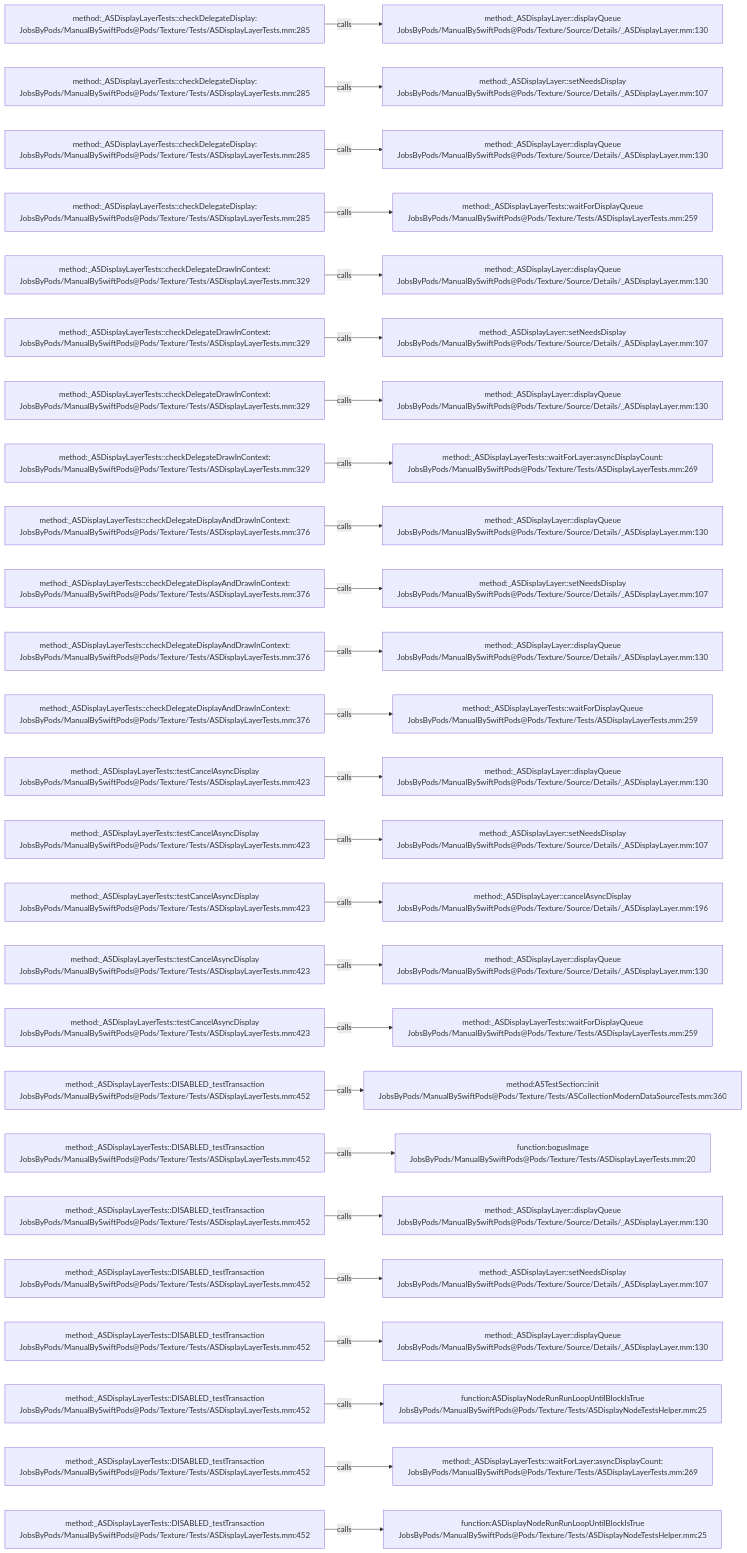
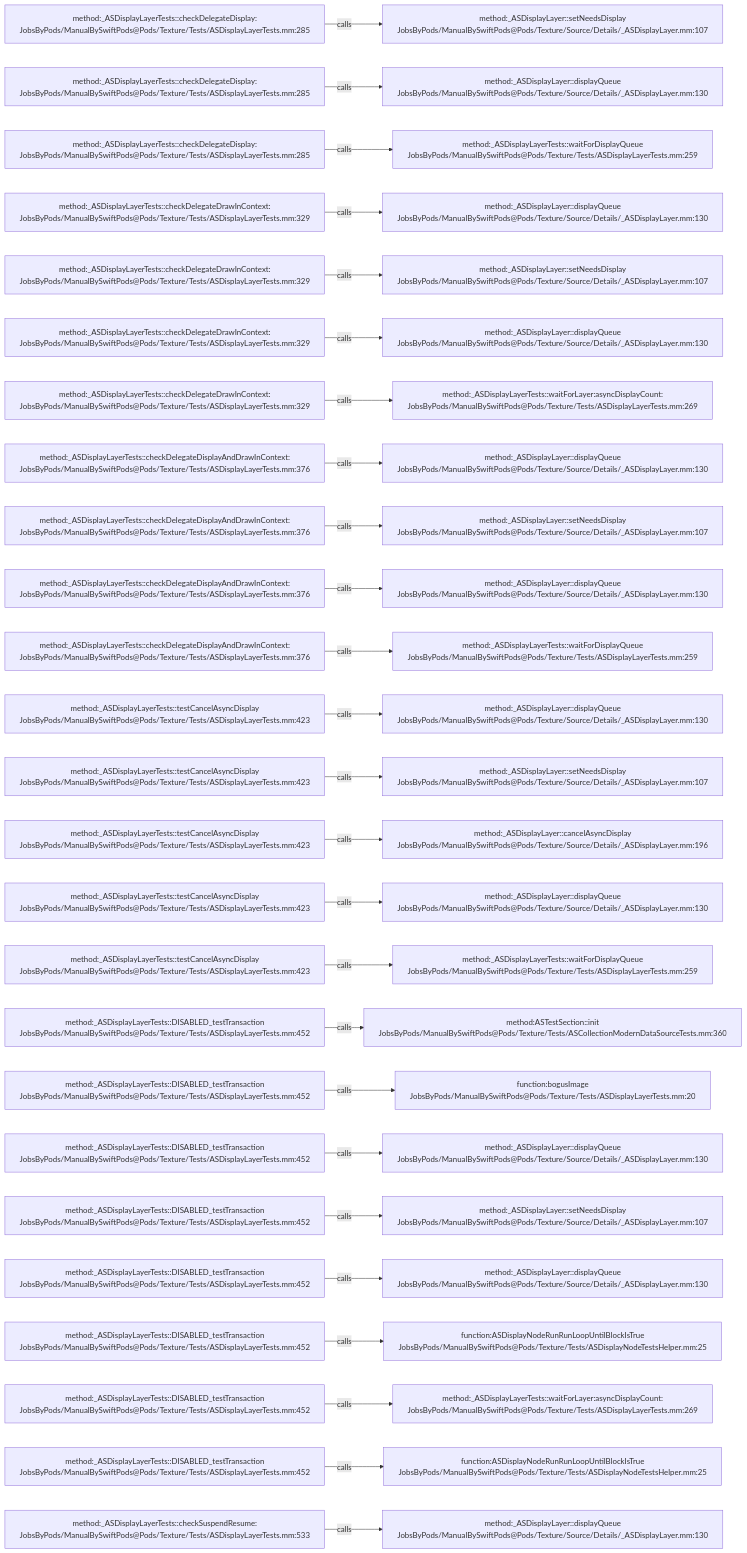
One commit to JobsKits/JobsSwiftBaseConfigDemo changed the diagram in .codegraph/codegraph.md/graphs/calls-180.md. Above: the diagram before and after it, drawn with Mermaid. The commit also changed 747 other files, not shown here.

````diff
--- a/.codegraph/codegraph.md/graphs/calls-180.md
+++ b/.codegraph/codegraph.md/graphs/calls-180.md
@@ -13,78 +13,78 @@
 ```mermaid
 flowchart LR
   S1["method:_ASDisplayLayerTests::checkDelegateDisplay:<br/>JobsByPods/ManualBySwiftPods@Pods/Texture/Tests/ASDisplayLayerTests.mm:285"]
-  T1["method:_ASDisplayLayer::displayQueue<br/>JobsByPods/ManualBySwiftPods@Pods/Texture/Source/Details/_ASDisplayLayer.mm:130"]
+  T1["method:_ASDisplayLayer::setNeedsDisplay<br/>JobsByPods/ManualBySwiftPods@Pods/Texture/Source/Details/_ASDisplayLayer.mm:107"]
   S1 -->|calls| T1
   S2["method:_ASDisplayLayerTests::checkDelegateDisplay:<br/>JobsByPods/ManualBySwiftPods@Pods/Texture/Tests/ASDisplayLayerTests.mm:285"]
-  T2["method:_ASDisplayLayer::setNeedsDisplay<br/>JobsByPods/ManualBySwiftPods@Pods/Texture/Source/Details/_ASDisplayLayer.mm:107"]
+  T2["method:_ASDisplayLayer::displayQueue<br/>JobsByPods/ManualBySwiftPods@Pods/Texture/Source/Details/_ASDisplayLayer.mm:130"]
   S2 -->|calls| T2
   S3["method:_ASDisplayLayerTests::checkDelegateDisplay:<br/>JobsByPods/ManualBySwiftPods@Pods/Texture/Tests/ASDisplayLayerTests.mm:285"]
-  T3["method:_ASDisplayLayer::displayQueue<br/>JobsByPods/ManualBySwiftPods@Pods/Texture/Source/Details/_ASDisplayLayer.mm:130"]
+  T3["method:_ASDisplayLayerTests::waitForDisplayQueue<br/>JobsByPods/ManualBySwiftPods@Pods/Texture/Tests/ASDisplayLayerTests.mm:259"]
   S3 -->|calls| T3
-  S4["method:_ASDisplayLayerTests::checkDelegateDisplay:<br/>JobsByPods/ManualBySwiftPods@Pods/Texture/Tests/ASDisplayLayerTests.mm:285"]
-  T4["method:_ASDisplayLayerTests::waitForDisplayQueue<br/>JobsByPods/ManualBySwiftPods@Pods/Texture/Tests/ASDisplayLayerTests.mm:259"]
+  S4["method:_ASDisplayLayerTests::checkDelegateDrawInContext:<br/>JobsByPods/ManualBySwiftPods@Pods/Texture/Tests/ASDisplayLayerTests.mm:329"]
+  T4["method:_ASDisplayLayer::displayQueue<br/>JobsByPods/ManualBySwiftPods@Pods/Texture/Source/Details/_ASDisplayLayer.mm:130"]
   S4 -->|calls| T4
   S5["method:_ASDisplayLayerTests::checkDelegateDrawInContext:<br/>JobsByPods/ManualBySwiftPods@Pods/Texture/Tests/ASDisplayLayerTests.mm:329"]
-  T5["method:_ASDisplayLayer::displayQueue<br/>JobsByPods/ManualBySwiftPods@Pods/Texture/Source/Details/_ASDisplayLayer.mm:130"]
+  T5["method:_ASDisplayLayer::setNeedsDisplay<br/>JobsByPods/ManualBySwiftPods@Pods/Texture/Source/Details/_ASDisplayLayer.mm:107"]
   S5 -->|calls| T5
   S6["method:_ASDisplayLayerTests::checkDelegateDrawInContext:<br/>JobsByPods/ManualBySwiftPods@Pods/Texture/Tests/ASDisplayLayerTests.mm:329"]
-  T6["method:_ASDisplayLayer::setNeedsDisplay<br/>JobsByPods/ManualBySwiftPods@Pods/Texture/Source/Details/_ASDisplayLayer.mm:107"]
+  T6["method:_ASDisplayLayer::displayQueue<br/>JobsByPods/ManualBySwiftPods@Pods/Texture/Source/Details/_ASDisplayLayer.mm:130"]
   S6 -->|calls| T6
   S7["method:_ASDisplayLayerTests::checkDelegateDrawInContext:<br/>JobsByPods/ManualBySwiftPods@Pods/Texture/Tests/ASDisplayLayerTests.mm:329"]
-  T7["method:_ASDisplayLayer::displayQueue<br/>JobsByPods/ManualBySwiftPods@Pods/Texture/Source/Details/_ASDisplayLayer.mm:130"]
+  T7["method:_ASDisplayLayerTests::waitForLayer:asyncDisplayCount:<br/>JobsByPods/ManualBySwiftPods@Pods/Texture/Tests/ASDisplayLayerTests.mm:269"]
   S7 -->|calls| T7
-  S8["method:_ASDisplayLayerTests::checkDelegateDrawInContext:<br/>JobsByPods/ManualBySwiftPods@Pods/Texture/Tests/ASDisplayLayerTests.mm:329"]
-  T8["method:_ASDisplayLayerTests::waitForLayer:asyncDisplayCount:<br/>JobsByPods/ManualBySwiftPods@Pods/Texture/Tests/ASDisplayLayerTests.mm:269"]
+  S8["method:_ASDisplayLayerTests::checkDelegateDisplayAndDrawInContext:<br/>JobsByPods/ManualBySwiftPods@Pods/Texture/Tests/ASDisplayLayerTests.mm:376"]
+  T8["method:_ASDisplayLayer::displayQueue<br/>JobsByPods/ManualBySwiftPods@Pods/Texture/Source/Details/_ASDisplayLayer.mm:130"]
   S8 -->|calls| T8
   S9["method:_ASDisplayLayerTests::checkDelegateDisplayAndDrawInContext:<br/>JobsByPods/ManualBySwiftPods@Pods/Texture/Tests/ASDisplayLayerTests.mm:376"]
-  T9["method:_ASDisplayLayer::displayQueue<br/>JobsByPods/ManualBySwiftPods@Pods/Texture/Source/Details/_ASDisplayLayer.mm:130"]
+  T9["method:_ASDisplayLayer::setNeedsDisplay<br/>JobsByPods/ManualBySwiftPods@Pods/Texture/Source/Details/_ASDisplayLayer.mm:107"]
   S9 -->|calls| T9
   S10["method:_ASDisplayLayerTests::checkDelegateDisplayAndDrawInContext:<br/>JobsByPods/ManualBySwiftPods@Pods/Texture/Tests/ASDisplayLayerTests.mm:376"]
-  T10["method:_ASDisplayLayer::setNeedsDisplay<br/>JobsByPods/ManualBySwiftPods@Pods/Texture/Source/Details/_ASDisplayLayer.mm:107"]
+  T10["method:_ASDisplayLayer::displayQueue<br/>JobsByPods/ManualBySwiftPods@Pods/Texture/Source/Details/_ASDisplayLayer.mm:130"]
   S10 -->|calls| T10
   S11["method:_ASDisplayLayerTests::checkDelegateDisplayAndDrawInContext:<br/>JobsByPods/ManualBySwiftPods@Pods/Texture/Tests/ASDisplayLayerTests.mm:376"]
-  T11["method:_ASDisplayLayer::displayQueue<br/>JobsByPods/ManualBySwiftPods@Pods/Texture/Source/Details/_ASDisplayLayer.mm:130"]
+  T11["method:_ASDisplayLayerTests::waitForDisplayQueue<br/>JobsByPods/ManualBySwiftPods@Pods/Texture/Tests/ASDisplayLayerTests.mm:259"]
   S11 -->|calls| T11
-  S12["method:_ASDisplayLayerTests::checkDelegateDisplayAndDrawInContext:<br/>JobsByPods/ManualBySwiftPods@Pods/Texture/Tests/ASDisplayLayerTests.mm:376"]
-  T12["method:_ASDisplayLayerTests::waitForDisplayQueue<br/>JobsByPods/ManualBySwiftPods@Pods/Texture/Tests/ASDisplayLayerTests.mm:259"]
+  S12["method:_ASDisplayLayerTests::testCancelAsyncDisplay<br/>JobsByPods/ManualBySwiftPods@Pods/Texture/Tests/ASDisplayLayerTests.mm:423"]
+  T12["method:_ASDisplayLayer::displayQueue<br/>JobsByPods/ManualBySwiftPods@Pods/Texture/Source/Details/_ASDisplayLayer.mm:130"]
   S12 -->|calls| T12
   S13["method:_ASDisplayLayerTests::testCancelAsyncDisplay<br/>JobsByPods/ManualBySwiftPods@Pods/Texture/Tests/ASDisplayLayerTests.mm:423"]
-  T13["method:_ASDisplayLayer::displayQueue<br/>JobsByPods/ManualBySwiftPods@Pods/Texture/Source/Details/_ASDisplayLayer.mm:130"]
+  T13["method:_ASDisplayLayer::setNeedsDisplay<br/>JobsByPods/ManualBySwiftPods@Pods/Texture/Source/Details/_ASDisplayLayer.mm:107"]
   S13 -->|calls| T13
   S14["method:_ASDisplayLayerTests::testCancelAsyncDisplay<br/>JobsByPods/ManualBySwiftPods@Pods/Texture/Tests/ASDisplayLayerTests.mm:423"]
-  T14["method:_ASDisplayLayer::setNeedsDisplay<br/>JobsByPods/ManualBySwiftPods@Pods/Texture/Source/Details/_ASDisplayLayer.mm:107"]
+  T14["method:_ASDisplayLayer::cancelAsyncDisplay<br/>JobsByPods/ManualBySwiftPods@Pods/Texture/Source/Details/_ASDisplayLayer.mm:196"]
   S14 -->|calls| T14
   S15["method:_ASDisplayLayerTests::testCancelAsyncDisplay<br/>JobsByPods/ManualBySwiftPods@Pods/Texture/Tests/ASDisplayLayerTests.mm:423"]
-  T15["method:_ASDisplayLayer::cancelAsyncDisplay<br/>JobsByPods/ManualBySwiftPods@Pods/Texture/Source/Details/_ASDisplayLayer.mm:196"]
+  T15["method:_ASDisplayLayer::displayQueue<br/>JobsByPods/ManualBySwiftPods@Pods/Texture/Source/Details/_ASDisplayLayer.mm:130"]
   S15 -->|calls| T15
   S16["method:_ASDisplayLayerTests::testCancelAsyncDisplay<br/>JobsByPods/ManualBySwiftPods@Pods/Texture/Tests/ASDisplayLayerTests.mm:423"]
-  T16["method:_ASDisplayLayer::displayQueue<br/>JobsByPods/ManualBySwiftPods@Pods/Texture/Source/Details/_ASDisplayLayer.mm:130"]
+  T16["method:_ASDisplayLayerTests::waitForDisplayQueue<br/>JobsByPods/ManualBySwiftPods@Pods/Texture/Tests/ASDisplayLayerTests.mm:259"]
   S16 -->|calls| T16
-  S17["method:_ASDisplayLayerTests::testCancelAsyncDisplay<br/>JobsByPods/ManualBySwiftPods@Pods/Texture/Tests/ASDisplayLayerTests.mm:423"]
-  T17["method:_ASDisplayLayerTests::waitForDisplayQueue<br/>JobsByPods/ManualBySwiftPods@Pods/Texture/Tests/ASDisplayLayerTests.mm:259"]
+  S17["method:_ASDisplayLayerTests::DISABLED_testTransaction<br/>JobsByPods/ManualBySwiftPods@Pods/Texture/Tests/ASDisplayLayerTests.mm:452"]
+  T17["method:ASTestSection::init<br/>JobsByPods/ManualBySwiftPods@Pods/Texture/Tests/ASCollectionModernDataSourceTests.mm:360"]
   S17 -->|calls| T17
   S18["method:_ASDisplayLayerTests::DISABLED_testTransaction<br/>JobsByPods/ManualBySwiftPods@Pods/Texture/Tests/ASDisplayLayerTests.mm:452"]
-  T18["method:ASTestSection::init<br/>JobsByPods/ManualBySwiftPods@Pods/Texture/Tests/ASCollectionModernDataSourceTests.mm:360"]
+  T18["function:bogusImage<br/>JobsByPods/ManualBySwiftPods@Pods/Texture/Tests/ASDisplayLayerTests.mm:20"]
   S18 -->|calls| T18
   S19["method:_ASDisplayLayerTests::DISABLED_testTransaction<br/>JobsByPods/ManualBySwiftPods@Pods/Texture/Tests/ASDisplayLayerTests.mm:452"]
-  T19["function:bogusImage<br/>JobsByPods/ManualBySwiftPods@Pods/Texture/Tests/ASDisplayLayerTests.mm:20"]
+  T19["method:_ASDisplayLayer::displayQueue<br/>JobsByPods/ManualBySwiftPods@Pods/Texture/Source/Details/_ASDisplayLayer.mm:130"]
   S19 -->|calls| T19
   S20["method:_ASDisplayLayerTests::DISABLED_testTransaction<br/>JobsByPods/ManualBySwiftPods@Pods/Texture/Tests/ASDisplayLayerTests.mm:452"]
-  T20["method:_ASDisplayLayer::displayQueue<br/>JobsByPods/ManualBySwiftPods@Pods/Texture/Source/Details/_ASDisplayLayer.mm:130"]
+  T20["method:_ASDisplayLayer::setNeedsDisplay<br/>JobsByPods/ManualBySwiftPods@Pods/Texture/Source/Details/_ASDisplayLayer.mm:107"]
   S20 -->|calls| T20
   S21["method:_ASDisplayLayerTests::DISABLED_testTransaction<br/>JobsByPods/ManualBySwiftPods@Pods/Texture/Tests/ASDisplayLayerTests.mm:452"]
-  T21["method:_ASDisplayLayer::setNeedsDisplay<br/>JobsByPods/ManualBySwiftPods@Pods/Texture/Source/Details/_ASDisplayLayer.mm:107"]
+  T21["method:_ASDisplayLayer::displayQueue<br/>JobsByPods/ManualBySwiftPods@Pods/Texture/Source/Details/_ASDisplayLayer.mm:130"]
   S21 -->|calls| T21
   S22["method:_ASDisplayLayerTests::DISABLED_testTransaction<br/>JobsByPods/ManualBySwiftPods@Pods/Texture/Tests/ASDisplayLayerTests.mm:452"]
-  T22["method:_ASDisplayLayer::displayQueue<br/>JobsByPods/ManualBySwiftPods@Pods/Texture/Source/Details/_ASDisplayLayer.mm:130"]
+  T22["function:ASDisplayNodeRunRunLoopUntilBlockIsTrue<br/>JobsByPods/ManualBySwiftPods@Pods/Texture/Tests/ASDisplayNodeTestsHelper.mm:25"]
   S22 -->|calls| T22
   S23["method:_ASDisplayLayerTests::DISABLED_testTransaction<br/>JobsByPods/ManualBySwiftPods@Pods/Texture/Tests/ASDisplayLayerTests.mm:452"]
-  T23["function:ASDisplayNodeRunRunLoopUntilBlockIsTrue<br/>JobsByPods/ManualBySwiftPods@Pods/Texture/Tests/ASDisplayNodeTestsHelper.mm:25"]
+  T23["method:_ASDisplayLayerTests::waitForLayer:asyncDisplayCount:<br/>JobsByPods/ManualBySwiftPods@Pods/Texture/Tests/ASDisplayLayerTests.mm:269"]
   S23 -->|calls| T23
   S24["method:_ASDisplayLayerTests::DISABLED_testTransaction<br/>JobsByPods/ManualBySwiftPods@Pods/Texture/Tests/ASDisplayLayerTests.mm:452"]
-  T24["method:_ASDisplayLayerTests::waitForLayer:asyncDisplayCount:<br/>JobsByPods/ManualBySwiftPods@Pods/Texture/Tests/ASDisplayLayerTests.mm:269"]
+  T24["function:ASDisplayNodeRunRunLoopUntilBlockIsTrue<br/>JobsByPods/ManualBySwiftPods@Pods/Texture/Tests/ASDisplayNodeTestsHelper.mm:25"]
   S24 -->|calls| T24
-  S25["method:_ASDisplayLayerTests::DISABLED_testTransaction<br/>JobsByPods/ManualBySwiftPods@Pods/Texture/Tests/ASDisplayLayerTests.mm:452"]
-  T25["function:ASDisplayNodeRunRunLoopUntilBlockIsTrue<br/>JobsByPods/ManualBySwiftPods@Pods/Texture/Tests/ASDisplayNodeTestsHelper.mm:25"]
+  S25["method:_ASDisplayLayerTests::checkSuspendResume:<br/>JobsByPods/ManualBySwiftPods@Pods/Texture/Tests/ASDisplayLayerTests.mm:533"]
+  T25["method:_ASDisplayLayer::displayQueue<br/>JobsByPods/ManualBySwiftPods@Pods/Texture/Source/Details/_ASDisplayLayer.mm:130"]
   S25 -->|calls| T25
 ```
````
